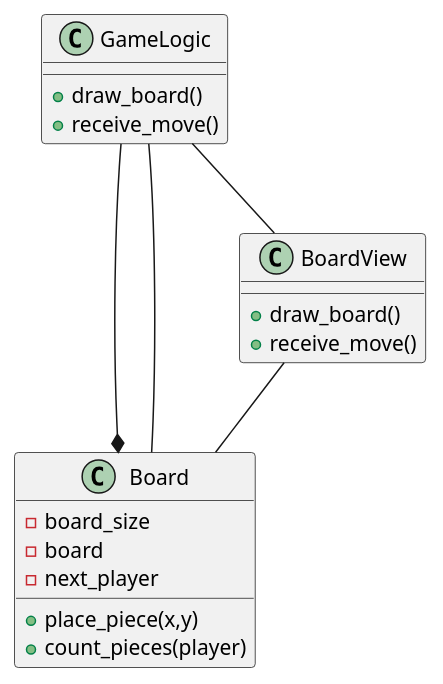
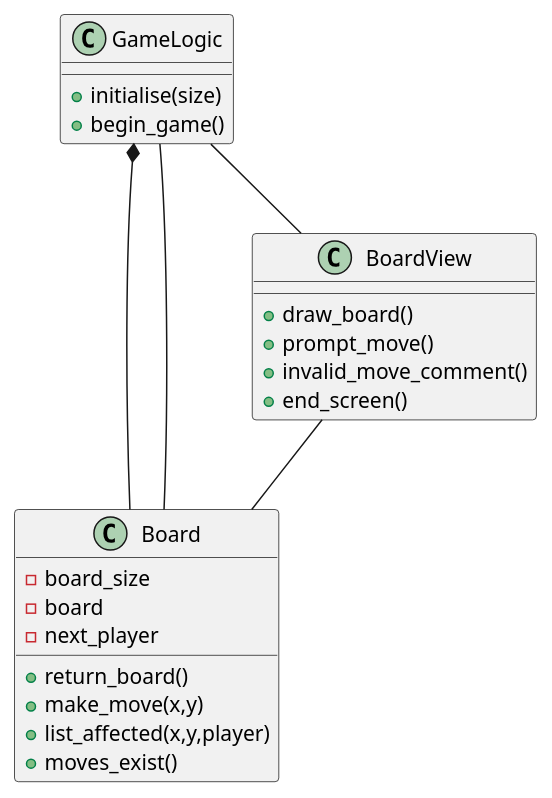
One commit to a4358/brightcode_practice changed the diagram in princ_schema.puml. Above: the diagram before and after it, drawn with PlantUML.

Commit message:
schema has been updated to reflect actual state of the project

```diff
--- a/princ_schema.puml
+++ b/princ_schema.puml
@@ -1,23 +1,27 @@
 @startuml reversi diagram
 class Board {
 -board_size
 -board
 -next_player
-
-+place_piece(x,y)
-+count_pieces(player)
++return_board()
++make_move(x,y)
++list_affected(x,y,player)
++moves_exist()
 }
 class BoardView {
 +draw_board()
-+receive_move()
++prompt_move()
++invalid_move_comment()
++end_screen()
 }
 
+
 class GameLogic {
-+draw_board()
-+receive_move()
++initialise(size)
++begin_game()
 }
-GameLogic  --*  Board
+GameLogic  *--  Board
 GameLogic  --  Board
 GameLogic  --  BoardView
 BoardView  --  Board
 @enduml
```
